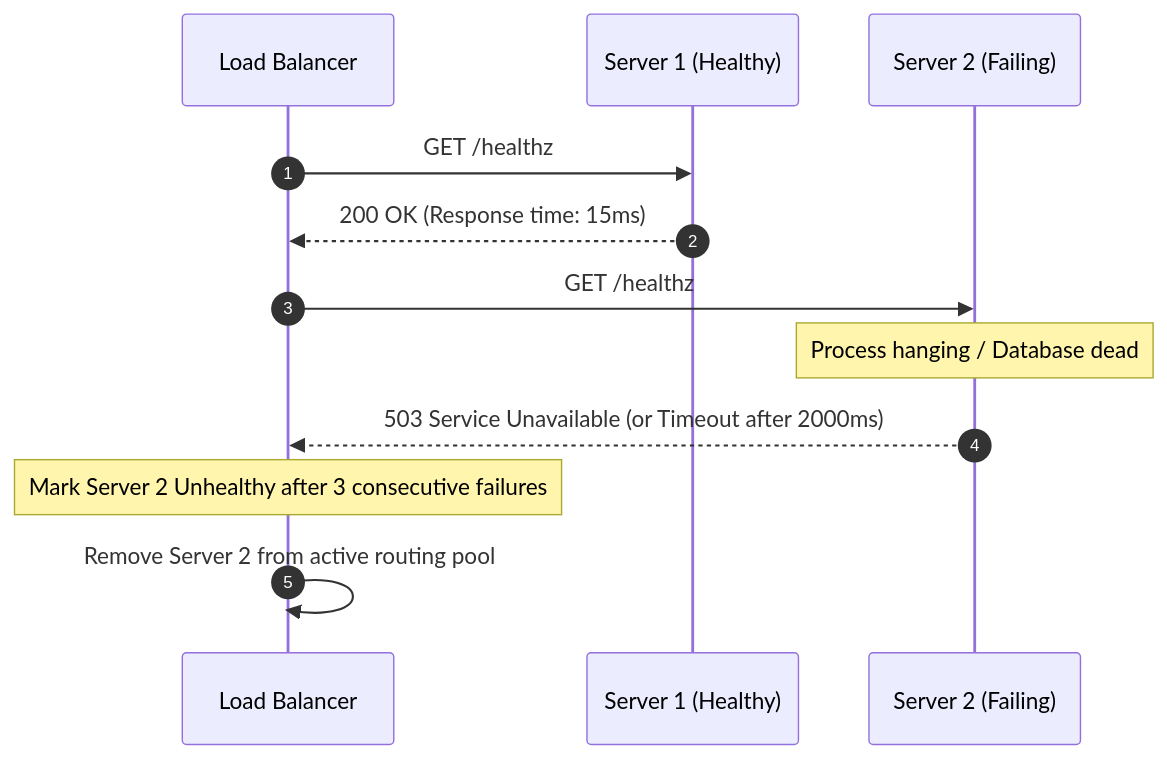
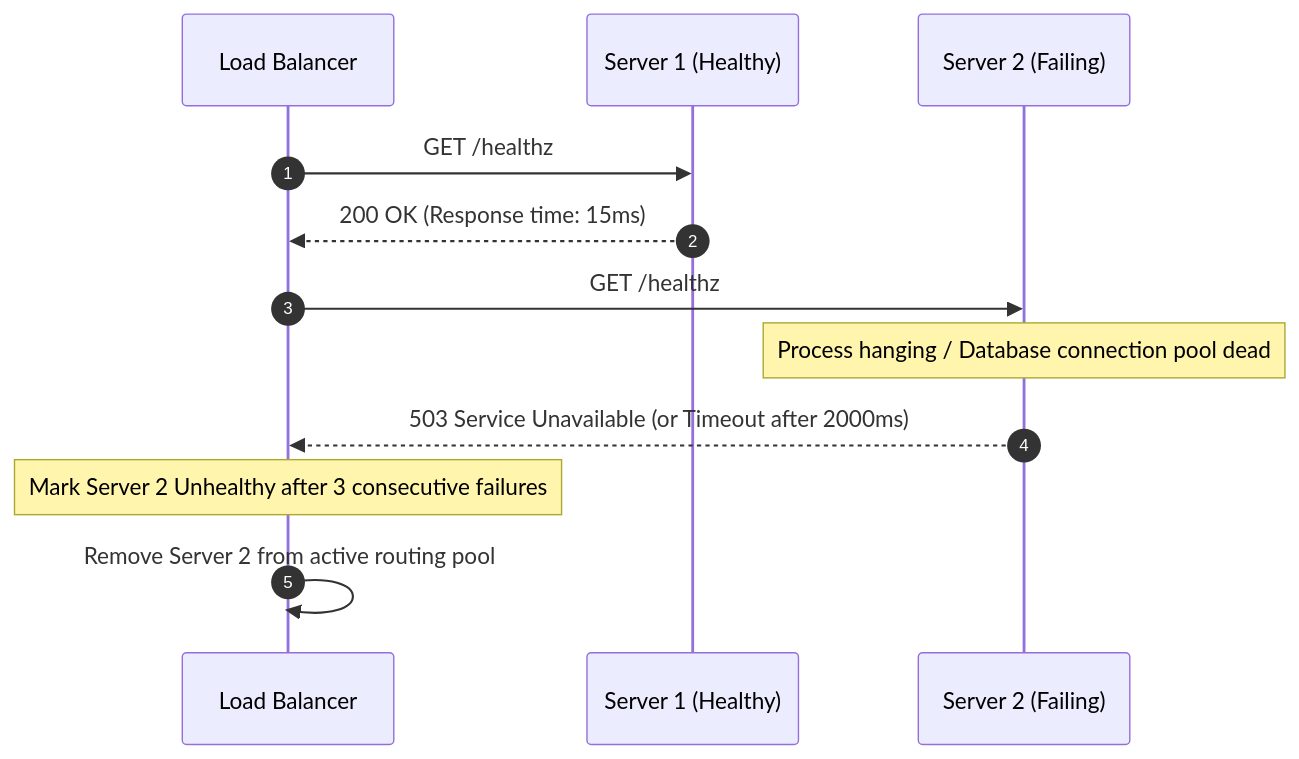
Before and after one commit to kvai9826/system-design-for-program-managers: the fifth of 5 diagrams in 01-foundations/02-load-balancing-gateways.md, drawn with Mermaid. The commit also changed other lines of this file and 30 other files, not shown here.

````diff
--- a/01-foundations/02-load-balancing-gateways.md
+++ b/01-foundations/02-load-balancing-gateways.md
@@ -170,15 +174,15 @@
 ```mermaid
 sequenceDiagram
     autonumber
     participant LB as Load Balancer
     participant S1 as Server 1 (Healthy)
     participant S2 as Server 2 (Failing)
 
     LB->>S1: GET /healthz
     S1-->>LB: 200 OK (Response time: 15ms)
     LB->>S2: GET /healthz
-    Note over S2: Process hanging / Database dead
+    Note over S2: Process hanging / Database connection pool dead
     S2-->>LB: 503 Service Unavailable (or Timeout after 2000ms)
     Note over LB: Mark Server 2 Unhealthy after 3 consecutive failures
     LB->>LB: Remove Server 2 from active routing pool
 ```
````
